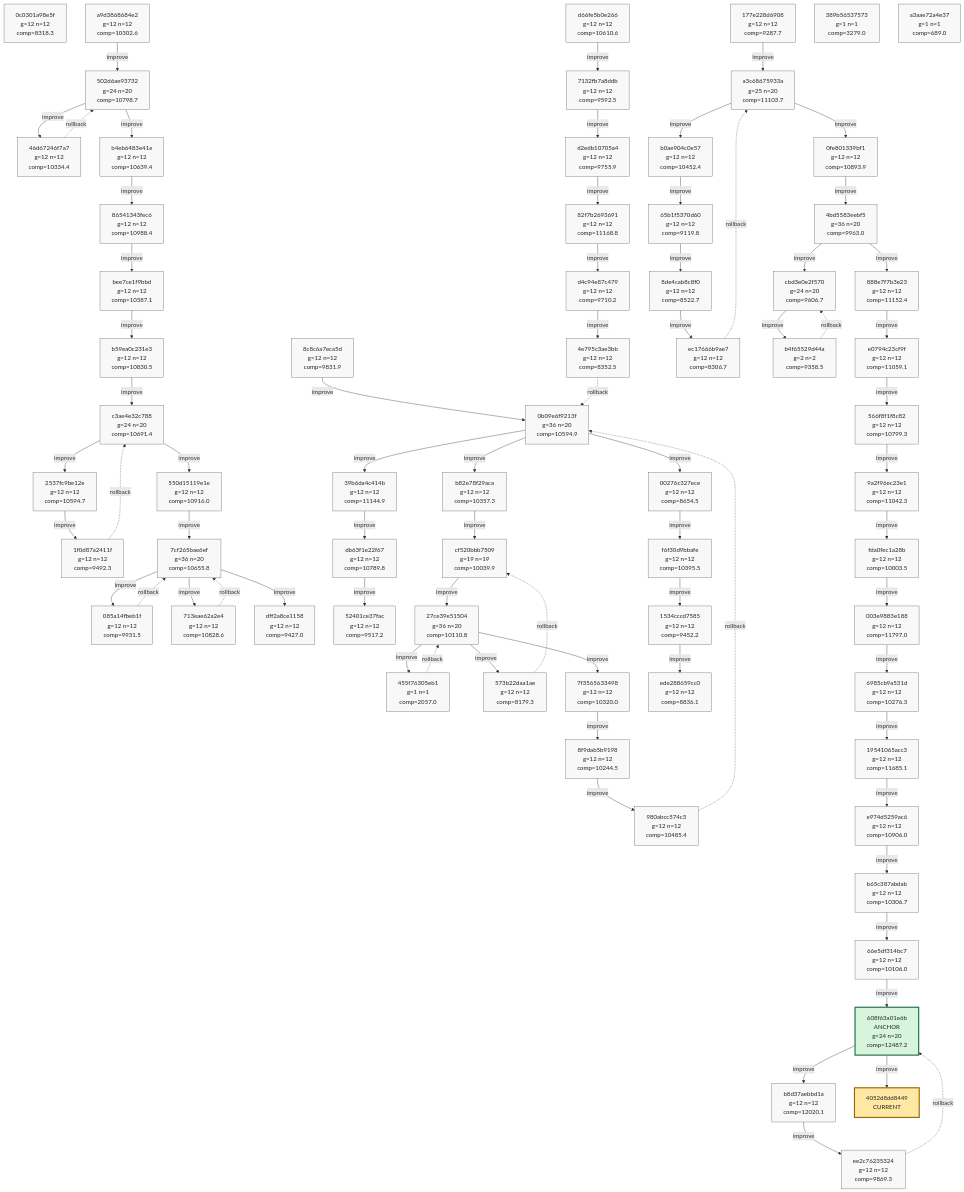
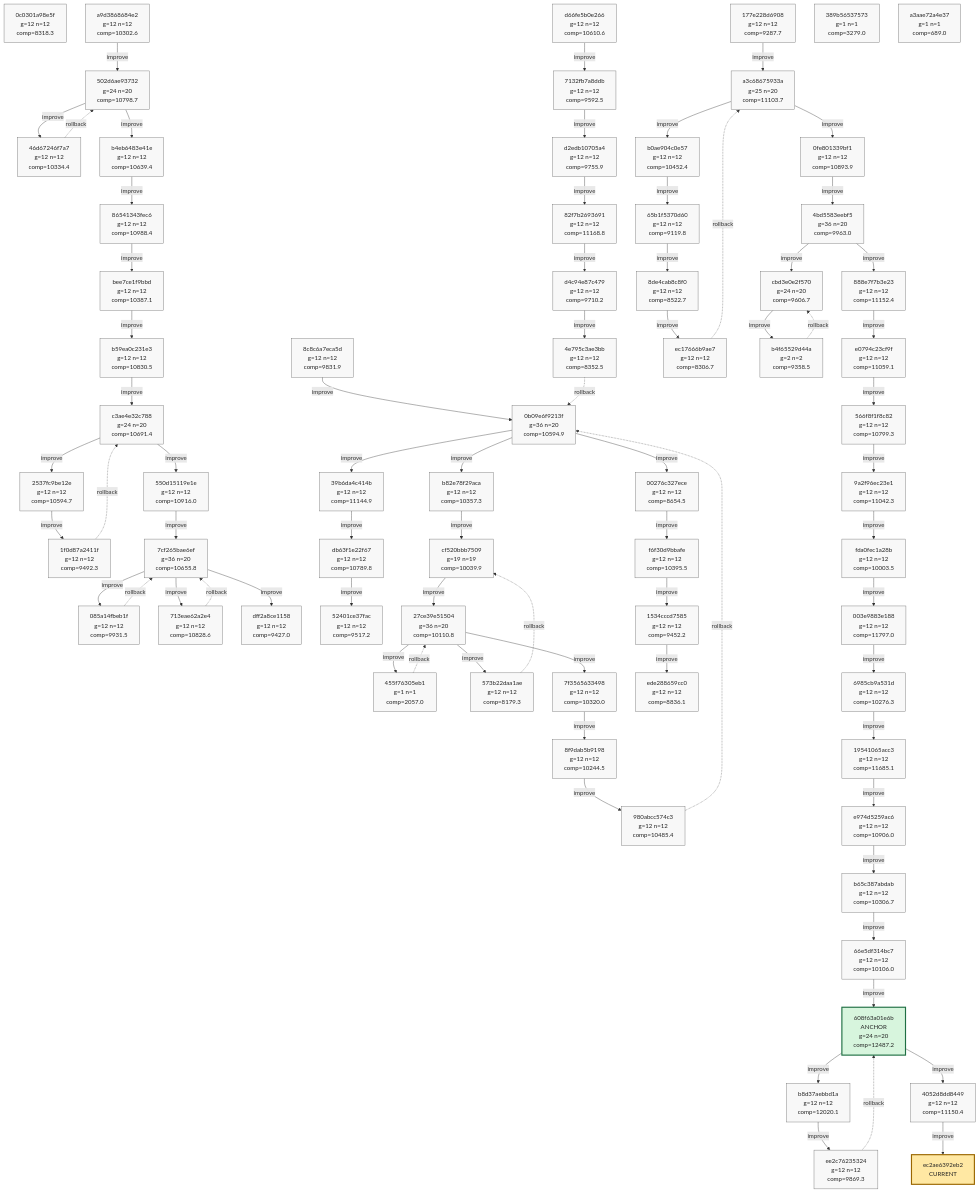
The tenth of 10 diagrams in phyrogenetic-tree.md (azumag/soviet_now), drawn with Mermaid before and after one commit. The commit also changed other lines of this file and 2 other files, not shown here.

Commit message:
eloop Improve after 12 games (scores: 8577 14112 15217 14456 7593 15366 10683 16823 10863 8798 16276 8541)

````diff
--- a/phyrogenetic-tree.md
+++ b/phyrogenetic-tree.md
@@ -2594,9 +2594,10 @@
     h_608f63a01e6b["608f63a01e6b<br/>ANCHOR<br/>g=24 n=20<br/>comp=12487.2"]
     h_b8d37aebbd1a["b8d37aebbd1a<br/>g=12 n=12<br/>comp=12020.1"]
     h_ee2c76235324["ee2c76235324<br/>g=12 n=12<br/>comp=9869.3"]
+    h_4052d8dd8449["4052d8dd8449<br/>g=12 n=12<br/>comp=11150.4"]
     h_389b56537573["389b56537573<br/>g=1 n=1<br/>comp=3279.0"]
     h_a3aae72a4e37["a3aae72a4e37<br/>g=1 n=1<br/>comp=689.0"]
-    h_4052d8dd8449["4052d8dd8449<br/>CURRENT"]
+    h_ec2ae6392eb2["ec2ae6392eb2<br/>CURRENT"]
 
     h_a9d3868684e2 -->|improve| h_502d6ae93732
     h_502d6ae93732 -->|improve| h_46d67246f7a7
@@ -2668,6 +2669,7 @@
     h_b8d37aebbd1a -->|improve| h_ee2c76235324
     h_ee2c76235324 -. rollback .-> h_608f63a01e6b
     h_608f63a01e6b -->|improve| h_4052d8dd8449
+    h_4052d8dd8449 -->|improve| h_ec2ae6392eb2
 
     classDef plain fill:#f8f8f8,stroke:#666,stroke-width:1px,color:#222;
     classDef current fill:#ffe8a3,stroke:#9a6700,stroke-width:3px,color:#222;
@@ -2737,7 +2739,8 @@
     class h_608f63a01e6b anchor;
     class h_b8d37aebbd1a plain;
     class h_ee2c76235324 plain;
+    class h_4052d8dd8449 plain;
     class h_389b56537573 plain;
     class h_a3aae72a4e37 plain;
-    class h_4052d8dd8449 current;
+    class h_ec2ae6392eb2 current;
 ```
````
